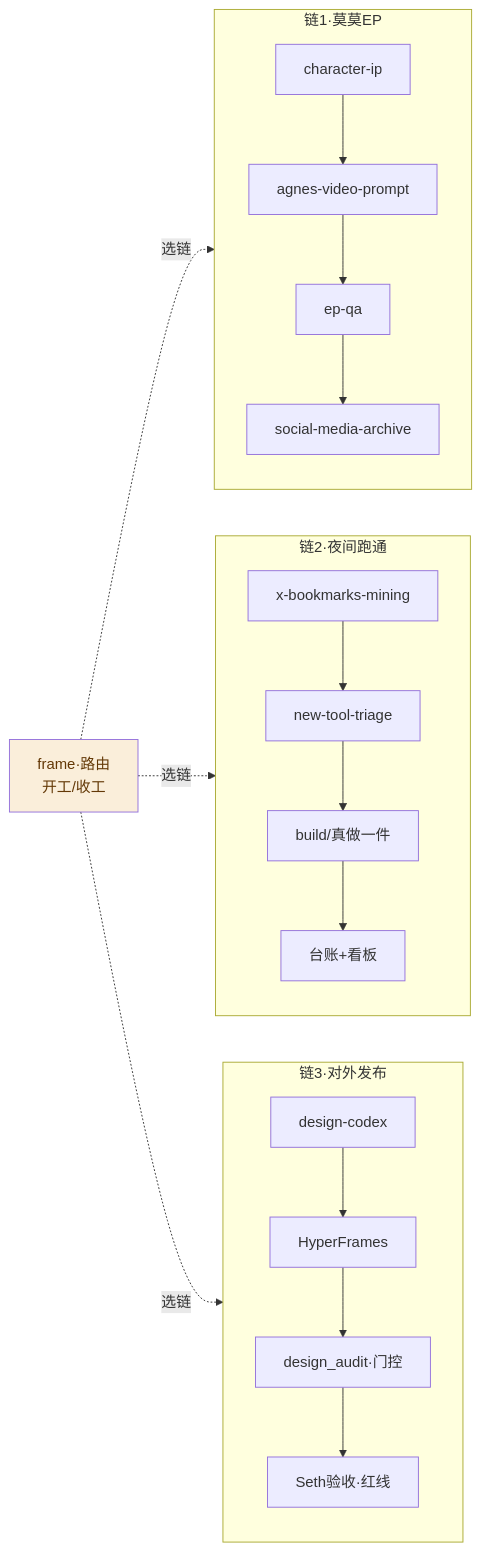
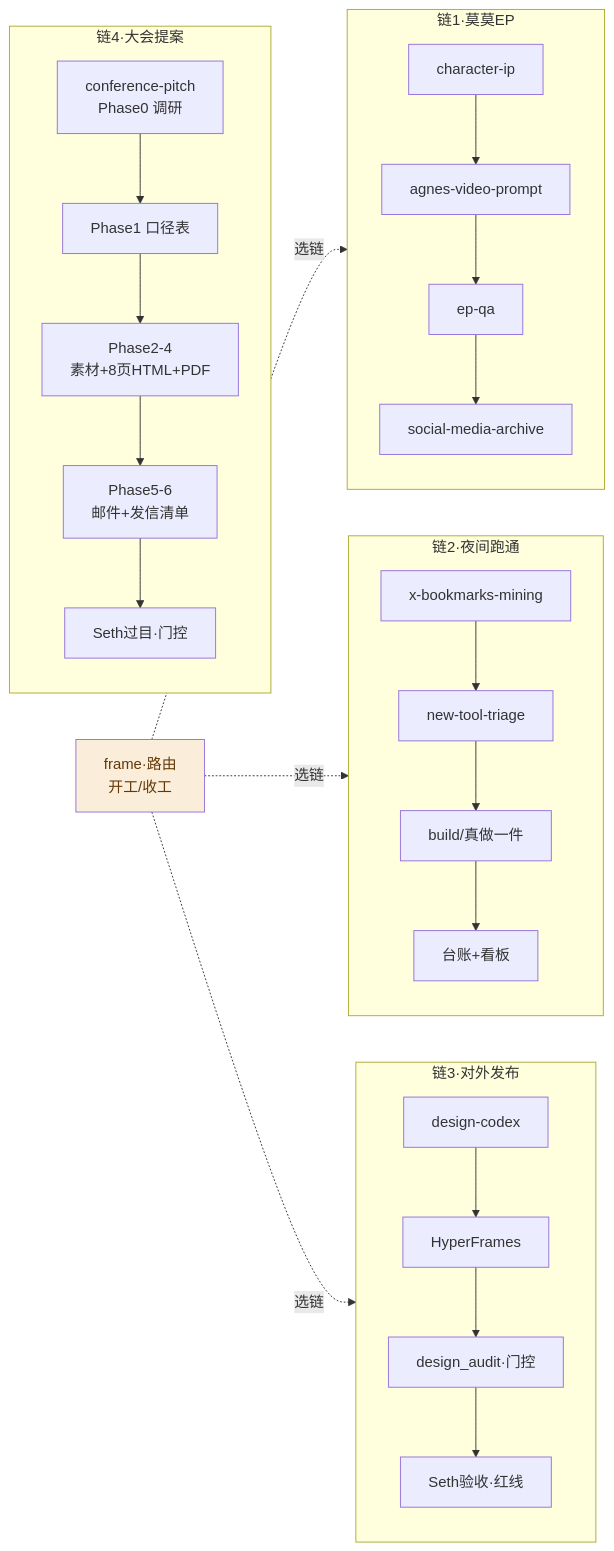
Before and after one commit to sethliao/agent-bootstrap: the diagram in chains/REGISTRY.md, drawn with Mermaid. The commit also changed other lines of this file, not shown here.

Commit message:
chains: 新增链4·大会提案（conference-pitch skill 总纲，GOSIM 为参考实现）

````diff
--- a/chains/REGISTRY.md
+++ b/chains/REGISTRY.md
@@ -10,16 +10,19 @@
 ```mermaid
 flowchart LR
     F[frame·路由<br/>开工/收工] -.选链.-> C1
     F -.选链.-> C2
     F -.选链.-> C3
     subgraph C1[链1·莫莫EP]
         A1[character-ip] --> A2[agnes-video-prompt] --> A3[ep-qa] --> A4[social-media-archive]
     end
     subgraph C2[链2·夜间跑通]
         B1[x-bookmarks-mining] --> B2[new-tool-triage] --> B3[build/真做一件] --> B4[台账+看板]
     end
     subgraph C3[链3·对外发布]
         D1[design-codex] --> D2[HyperFrames] --> D3[design_audit·门控] --> D4[Seth验收·红线]
     end
+    subgraph C4[链4·大会提案]
+        E1[conference-pitch<br/>Phase0 调研] --> E2[Phase1 口径表] --> E3[Phase2-4<br>素材+8页HTML+PDF] --> E4[Phase5-6<br>邮件+发信清单] --> E5[Seth过目·门控]
+    end
     style F fill:#FAEEDA,color:#633806
 ```
````
